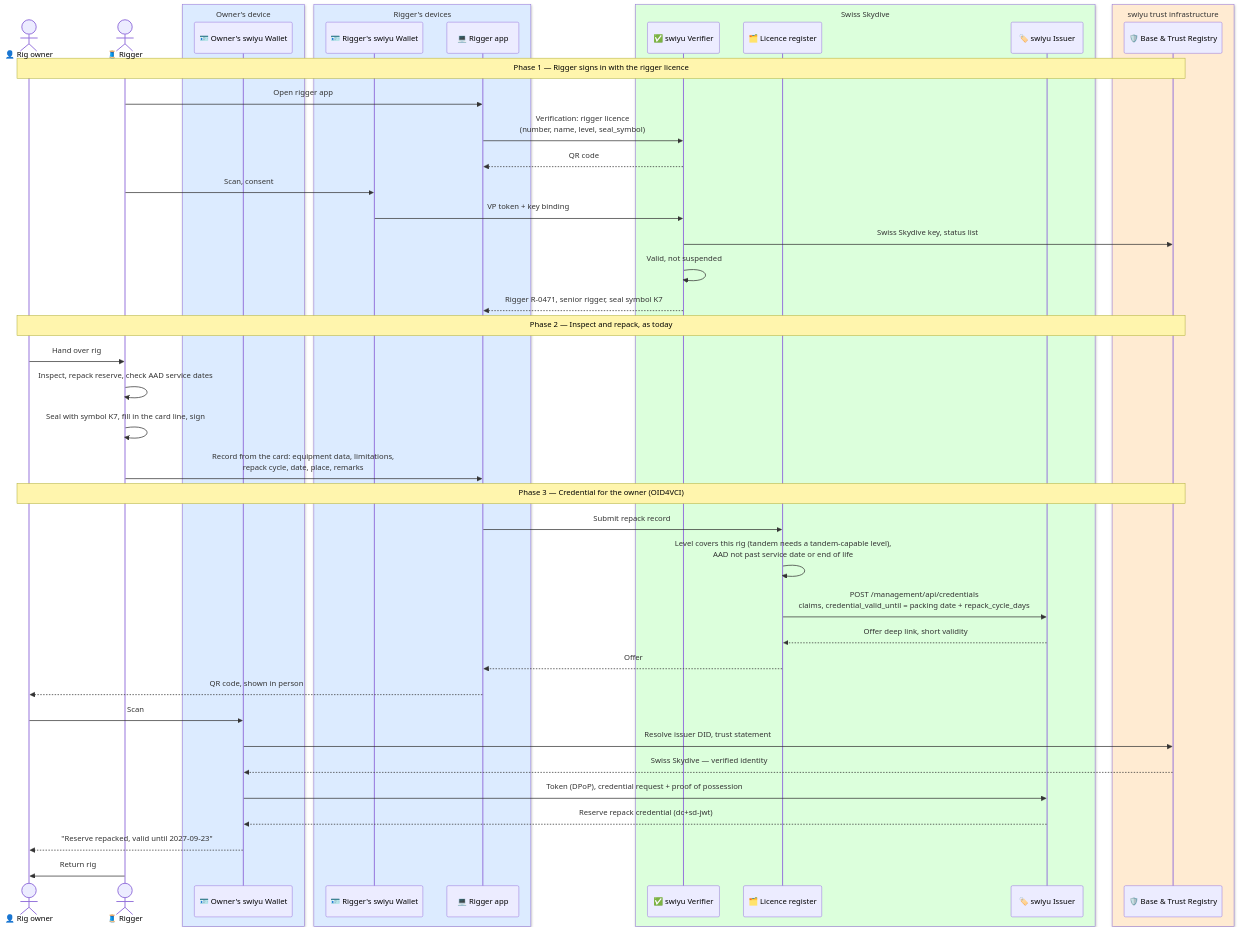
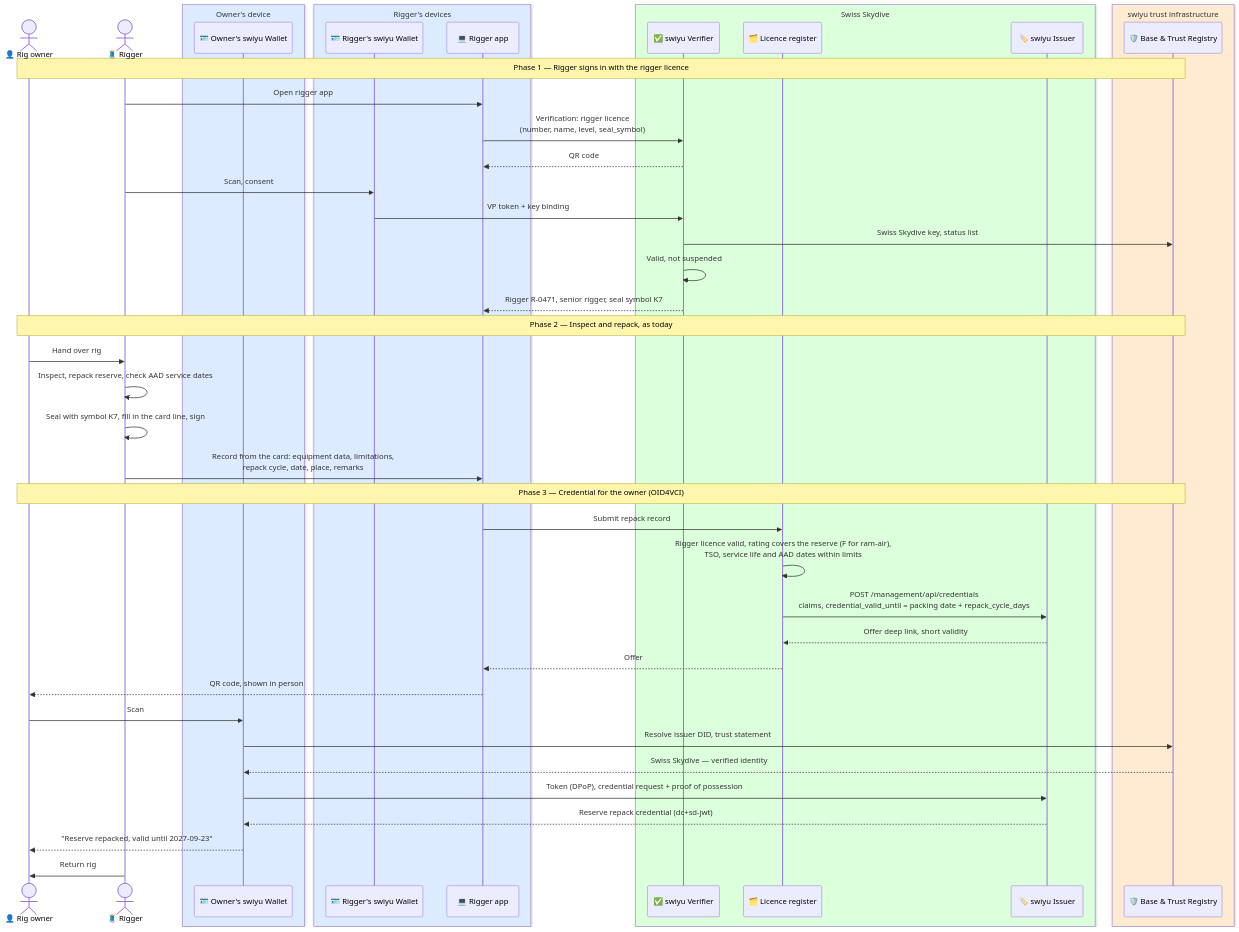
Before and after one commit to DIDAS-swiss/Trust-Flow-Diagram-Repository: the diagram in sport/reserve-repack.md, drawn with Mermaid. The commit also changed other lines of this file and 13 other files, not shown here.

````diff
--- a/sport/reserve-repack.md
+++ b/sport/reserve-repack.md
@@ -77,56 +96,56 @@
 ```mermaid
 %%{init: {"theme": "default", "themeVariables": {"fontFamily": "Inter, Arial"}}}%%
 sequenceDiagram
     actor Owner as 👤 Rig owner
     actor Rigger as 🧵 Rigger
 
     box rgb(220,235,255) Owner's device
         participant OWallet as 🪪 Owner's swiyu Wallet
     end
 
     box rgb(220,235,255) Rigger's devices
         participant RWallet as 🪪 Rigger's swiyu Wallet
         participant App as 💻 Rigger app
     end
 
     box rgb(220,255,220) Swiss Skydive
         participant Verifier as ✅ swiyu Verifier
         participant Register as 🗂️ Licence register
         participant Issuer as 🏷️ swiyu Issuer
     end
 
     box rgb(255,235,210) swiyu trust infrastructure
         participant Trust as 🛡️ Base & Trust Registry
     end
 
     Note over Owner,Trust: Phase 1 — Rigger signs in with the rigger licence
     Rigger->>App: Open rigger app
     App->>Verifier: Verification: rigger licence<br/>(number, name, level, seal_symbol)
     Verifier-->>App: QR code
     Rigger->>RWallet: Scan, consent
     RWallet->>Verifier: VP token + key binding
     Verifier->>Trust: Swiss Skydive key, status list
     Verifier->>Verifier: Valid, not suspended
     Verifier-->>App: Rigger R-0471, senior rigger, seal symbol K7
 
     Note over Owner,Trust: Phase 2 — Inspect and repack, as today
     Owner->>Rigger: Hand over rig
     Rigger->>Rigger: Inspect, repack reserve, check AAD service dates
     Rigger->>Rigger: Seal with symbol K7, fill in the card line, sign
     Rigger->>App: Record from the card: equipment data, limitations,<br/>repack cycle, date, place, remarks
 
     Note over Owner,Trust: Phase 3 — Credential for the owner (OID4VCI)
     App->>Register: Submit repack record
-    Register->>Register: Level covers this rig (tandem needs a tandem-capable level),<br/>AAD not past service date or end of life
+    Register->>Register: Rigger licence valid, rating covers the reserve (F for ram-air),<br/>TSO, service life and AAD dates within limits
     Register->>Issuer: POST /management/api/credentials<br/>claims, credential_valid_until = packing date + repack_cycle_days
     Issuer-->>Register: Offer deep link, short validity
     Register-->>App: Offer
     App-->>Owner: QR code, shown in person
     Owner->>OWallet: Scan
     OWallet->>Trust: Resolve issuer DID, trust statement
     Trust-->>OWallet: Swiss Skydive — verified identity
     OWallet->>Issuer: Token (DPoP), credential request + proof of possession
     Issuer-->>OWallet: Reserve repack credential (dc+sd-jwt)
     OWallet-->>Owner: "Reserve repacked, valid until 2027-09-23"
     Rigger->>Owner: Return rig
 ```
````
